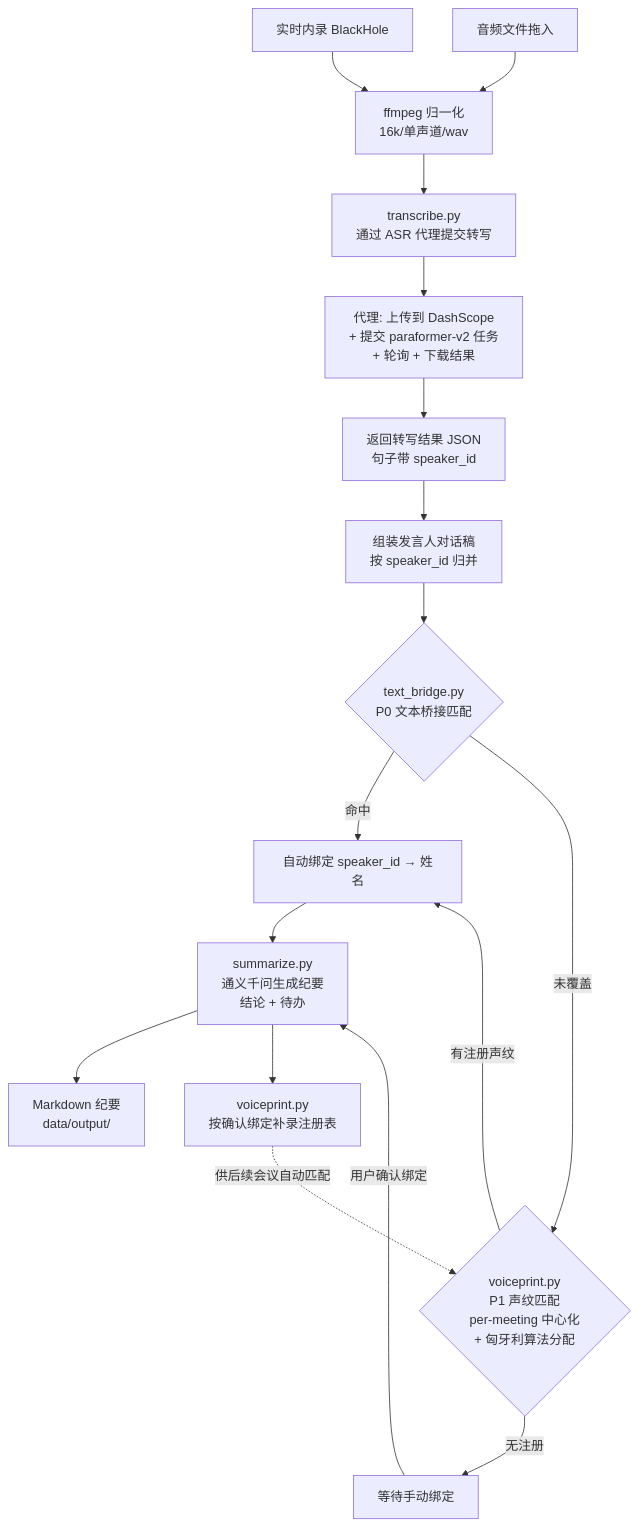
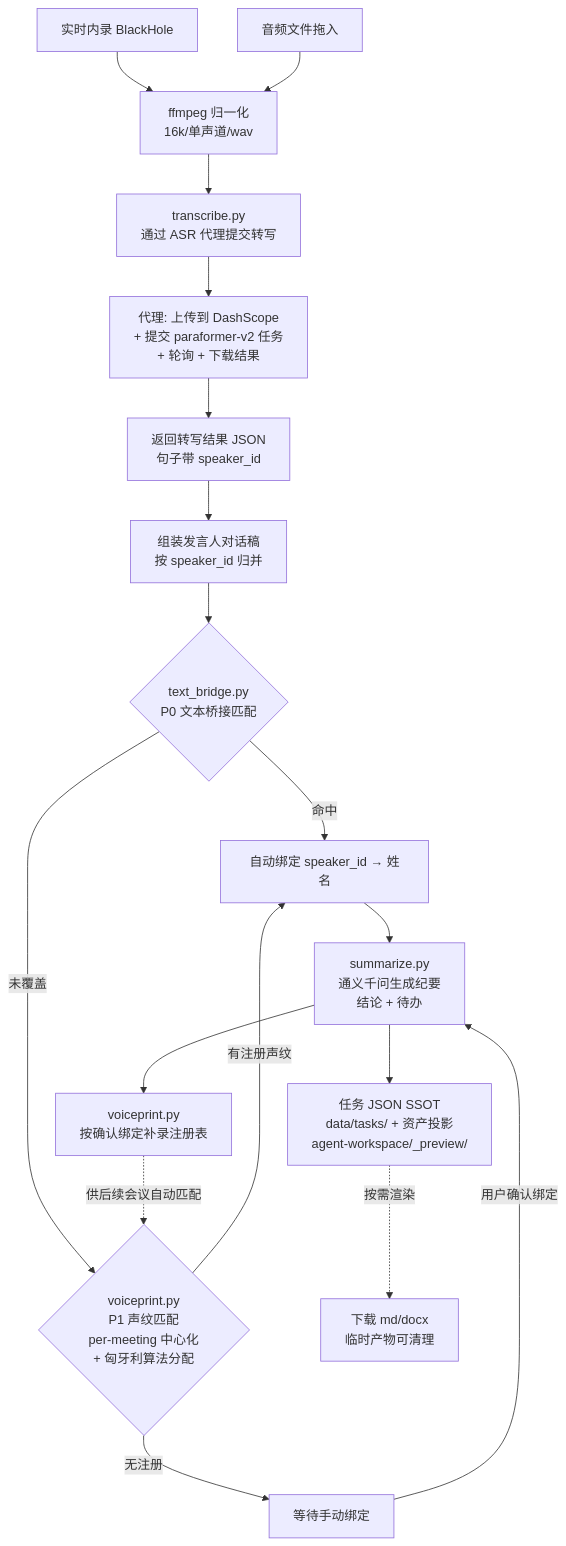
Before and after one commit to et6624611/open-meeting-scribe: the diagram in docs/ARCHITECTURE.md, drawn with Mermaid. The commit also changed other lines of this file and 105 other files, not shown here.

````diff
--- a/docs/ARCHITECTURE.md
+++ b/docs/ARCHITECTURE.md
@@ -84,19 +84,20 @@
 ```mermaid
 flowchart TD
     A1[实时内录 BlackHole] --> B[ffmpeg 归一化<br/>16k/单声道/wav]
     A2[音频文件拖入] --> B
     B --> E[transcribe.py<br/>通过 ASR 代理提交转写]
     E --> E1[代理: 上传到 DashScope<br/>+ 提交 paraformer-v2 任务<br/>+ 轮询 + 下载结果]
     E1 --> G[返回转写结果 JSON<br/>句子带 speaker_id]
     G --> H[组装发言人对话稿<br/>按 speaker_id 归并]
     H --> H1{text_bridge.py<br/>P0 文本桥接匹配}
     H1 -- 命中 --> H3
     H1 -- 未覆盖 --> H2{voiceprint.py<br/>P1 声纹匹配<br/>per-meeting 中心化<br/>+ 匈牙利算法分配}
     H2 -- 有注册声纹 --> H3[自动绑定 speaker_id → 姓名]
     H2 -- 无注册 --> H4[等待手动绑定]
     H3 --> I[summarize.py<br/>通义千问生成纪要<br/>结论 + 待办]
     H4 -- 用户确认绑定 --> I
-    I --> J[Markdown 纪要<br/>data/output/]
+    I --> J[任务 JSON SSOT<br/>data/tasks/ + 资产投影<br/>agent-workspace/_preview/]
+    J -. 按需渲染 .-> J1[下载 md/docx<br/>临时产物可清理]
     I --> K[voiceprint.py<br/>按确认绑定补录注册表]
     K -. 供后续会议自动匹配 .-> H2
 ```
````
